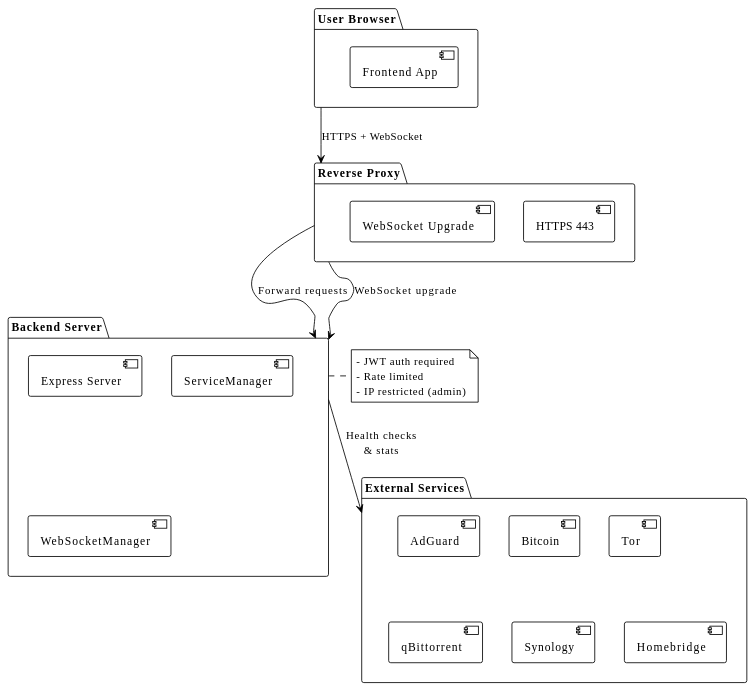
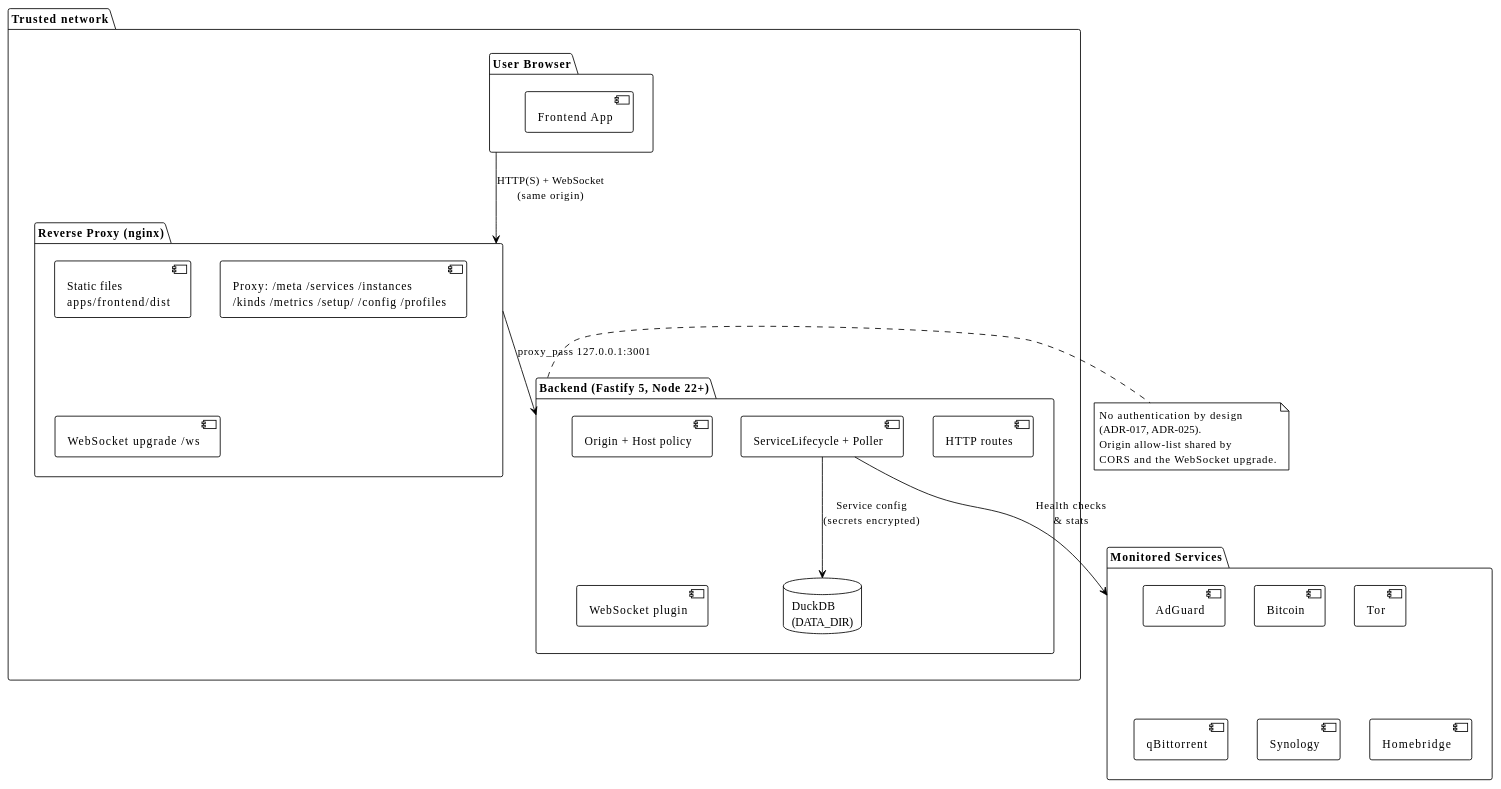
The first of 3 diagrams in docs/guides/deployment.md (EraPartner/Watchman), drawn with PlantUML before and after one commit. The commit also changed other lines of this file and 32 other files, not shown here.

````diff
--- a/docs/guides/deployment.md
+++ b/docs/guides/deployment.md
@@ -177,41 +217,47 @@
 ```plantuml
 @startuml
 !theme plain
 
-package "User Browser" as Browser {
-    [Frontend App]
+package "Trusted network" {
+  package "User Browser" as Browser {
+      [Frontend App]
+  }
+
+  package "Reverse Proxy (nginx)" as Nginx {
+      [Static files\napps/frontend/dist]
+      [Proxy: /meta /services /instances\n/kinds /metrics /setup/ /config /profiles]
+      [WebSocket upgrade /ws]
+  }
+
+  package "Backend (Fastify 5, Node 22+)" as Backend {
+      [Origin + Host policy]
+      [HTTP routes]
+      [WebSocket plugin]
+      [ServiceLifecycle + Poller]
+      database "DuckDB\n(DATA_DIR)" as DB
+  }
 }
 
-package "Reverse Proxy" as Nginx {
-    [HTTPS 443]
-    [WebSocket Upgrade]
-}
-
-package "Backend Server" as Backend {
-    [Express Server]
-    [ServiceManager]
-    [WebSocketManager]
-}
-
-package "External Services" as External {
+package "Monitored Services" as External {
     [AdGuard]
     [Bitcoin]
     [Tor]
     [qBittorrent]
     [Synology]
     [Homebridge]
 }
 
-Browser --> Nginx : HTTPS + WebSocket
-Nginx --> Backend : Forward requests
-Nginx --> Backend : WebSocket upgrade
+Browser --> Nginx : HTTP(S) + WebSocket\n(same origin)
+Nginx --> Backend : proxy_pass 127.0.0.1:3001
 
-Backend --> External : Health checks\n& stats
+[ServiceLifecycle + Poller] --> External : Health checks\n& stats
+[ServiceLifecycle + Poller] --> DB : Service config\n(secrets encrypted)
 
 note right of Backend
-  - JWT auth required
-  - Rate limited
-  - IP restricted (admin)
+  No authentication by design
+  (ADR-017, ADR-025).
+  Origin allow-list shared by
+  CORS and the WebSocket upgrade.
 end note
 @enduml
 ```
````
